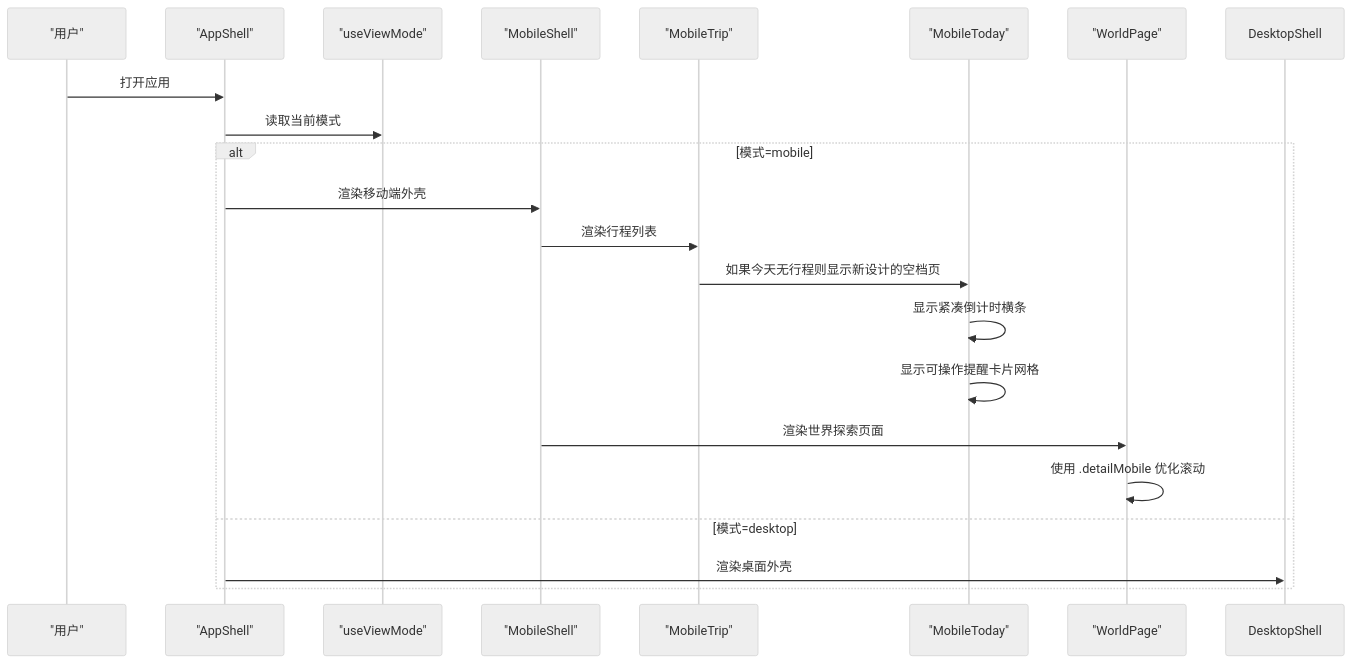
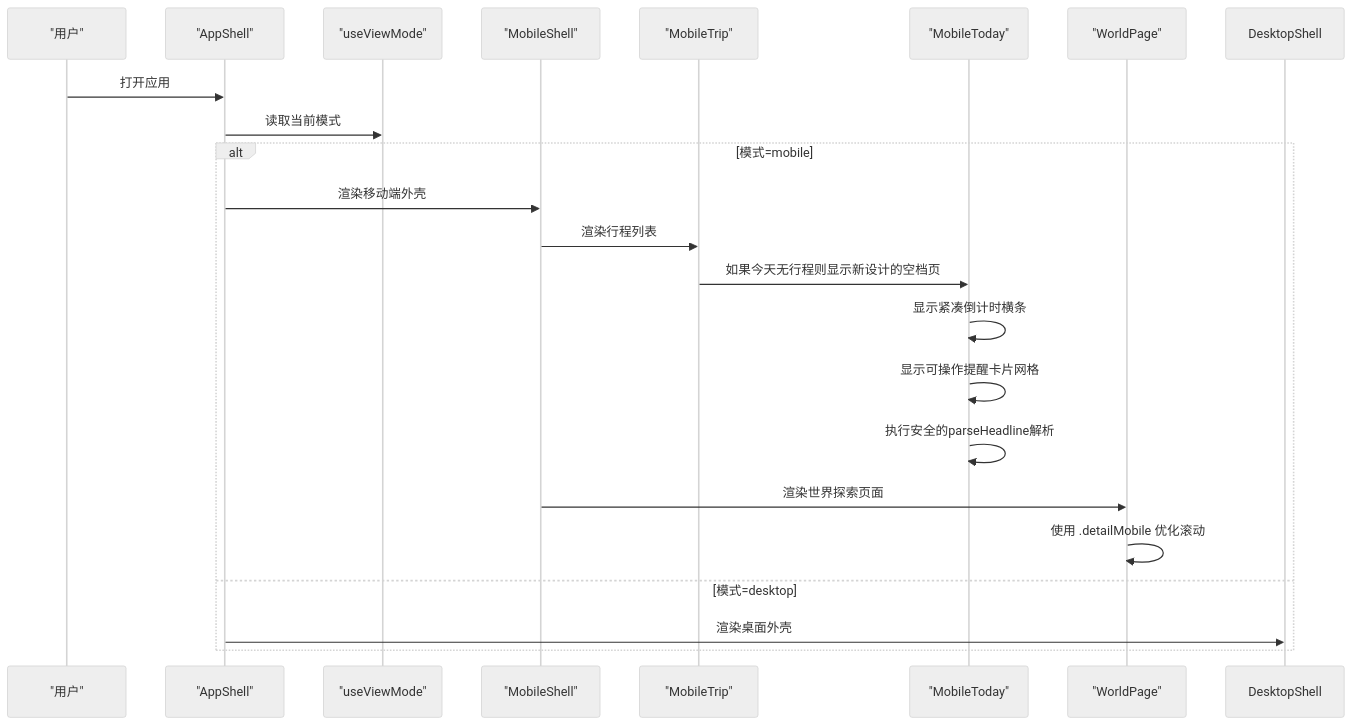
The second of 8 diagrams in .qoder/repowiki/zh/content/用户界面组件/移动端优化.md (huangyilu/wanwuyishi), drawn with Mermaid (neutral theme) before and after one commit. The commit also changed other lines of this file and 108 other files, not shown here.

````diff
--- a/.qoder/repowiki/zh/content/用户界面组件/移动端优化.md
+++ b/.qoder/repowiki/zh/content/用户界面组件/移动端优化.md
@@ -142,23 +141,24 @@
 ```mermaid
 sequenceDiagram
 participant U as "用户"
 participant S as "AppShell"
 participant M as "useViewMode"
 participant MS as "MobileShell"
 participant MT as "MobileTrip"
 participant MH as "MobileToday"
 participant WP as "WorldPage"
 U->>S : 打开应用
 S->>M : 读取当前模式
 alt 模式=mobile
 S->>MS : 渲染移动端外壳
 MS->>MT : 渲染行程列表
 MT->>MH : 如果今天无行程则显示新设计的空档页
 MH->>MH : 显示紧凑倒计时横条
 MH->>MH : 显示可操作提醒卡片网格
+MH->>MH : 执行安全的parseHeadline解析
 MS->>WP : 渲染世界探索页面
 WP->>WP : 使用 .detailMobile 优化滚动
 else 模式=desktop
 S->>DesktopShell : 渲染桌面外壳
 end
 ```
````
